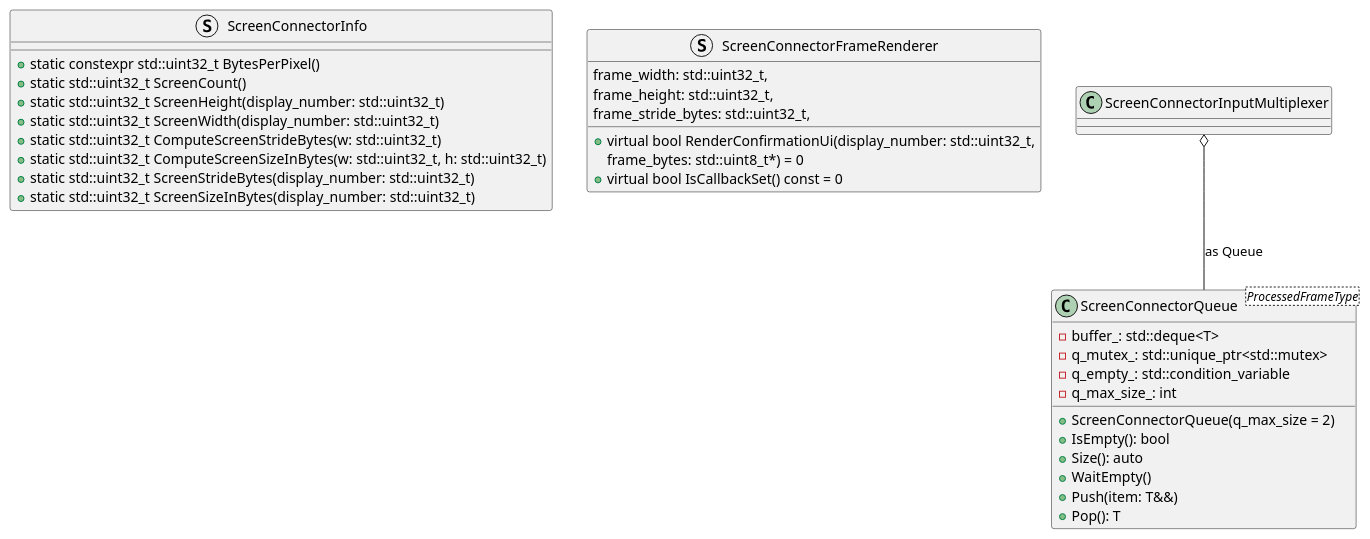
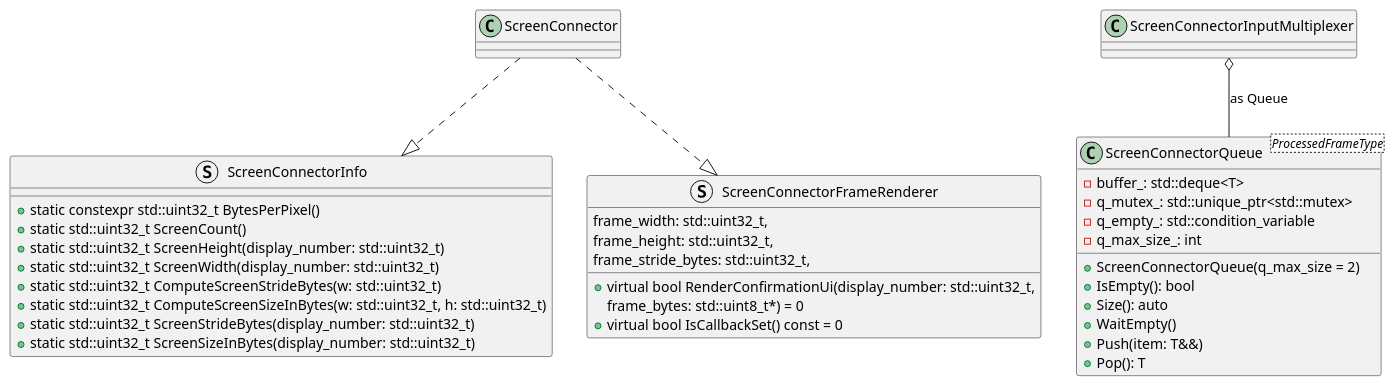
The diagram in screen_connector_objects_diagram.puml (dmitvitalii/cf_diagrams), drawn with PlantUML before and after one commit. The commit also changed 1 other file, not shown here.

Commit message:
Move *Info and *FrameRenderer relations to a separate diagram

```diff
--- a/screen_connector_objects_diagram.puml
+++ b/screen_connector_objects_diagram.puml
@@ -1,40 +1,43 @@
 @startuml
 
 
 struct ScreenConnectorInfo {
   + static constexpr std::uint32_t BytesPerPixel()
   + static std::uint32_t ScreenCount()
   + static std::uint32_t ScreenHeight(display_number: std::uint32_t)
   + static std::uint32_t ScreenWidth(display_number: std::uint32_t)
   + static std::uint32_t ComputeScreenStrideBytes(w: std::uint32_t)
   + static std::uint32_t ComputeScreenSizeInBytes(w: std::uint32_t, h: std::uint32_t)
   + static std::uint32_t ScreenStrideBytes(display_number: std::uint32_t)
   + static std::uint32_t ScreenSizeInBytes(display_number: std::uint32_t)
 }
 
 struct ScreenConnectorFrameRenderer {
   + virtual bool RenderConfirmationUi(display_number: std::uint32_t,
                                       frame_width: std::uint32_t,
                                       frame_height: std::uint32_t,
                                       frame_stride_bytes: std::uint32_t,
                                       frame_bytes: std::uint8_t*) = 0
   + virtual bool IsCallbackSet() const = 0
 }
 
 
 class ScreenConnectorQueue<ProcessedFrameType> {
   - buffer_: std::deque<T>
   - q_mutex_: std::unique_ptr<std::mutex>
   - q_empty_: std::condition_variable
   - q_max_size_: int
   + ScreenConnectorQueue(q_max_size = 2)
   + IsEmpty(): bool
   + Size(): auto
   + WaitEmpty()
   + Push(item: T&&)
   + Pop(): T
 }
 
+ScreenConnector ..|> ScreenConnectorInfo
+ScreenConnector ..|> ScreenConnectorFrameRenderer
+
 ScreenConnectorInputMultiplexer o-- ScreenConnectorQueue : as Queue
 
 @enduml
```
